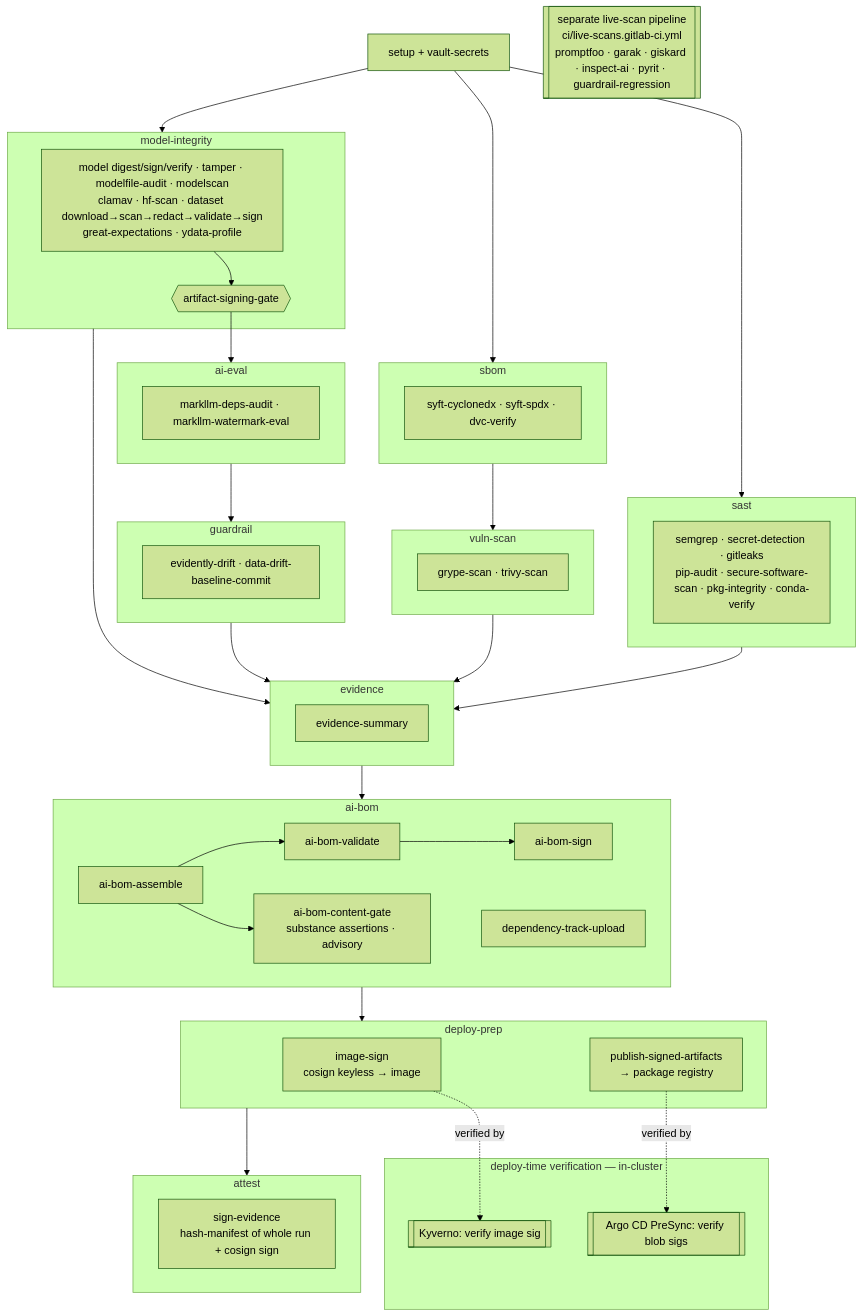
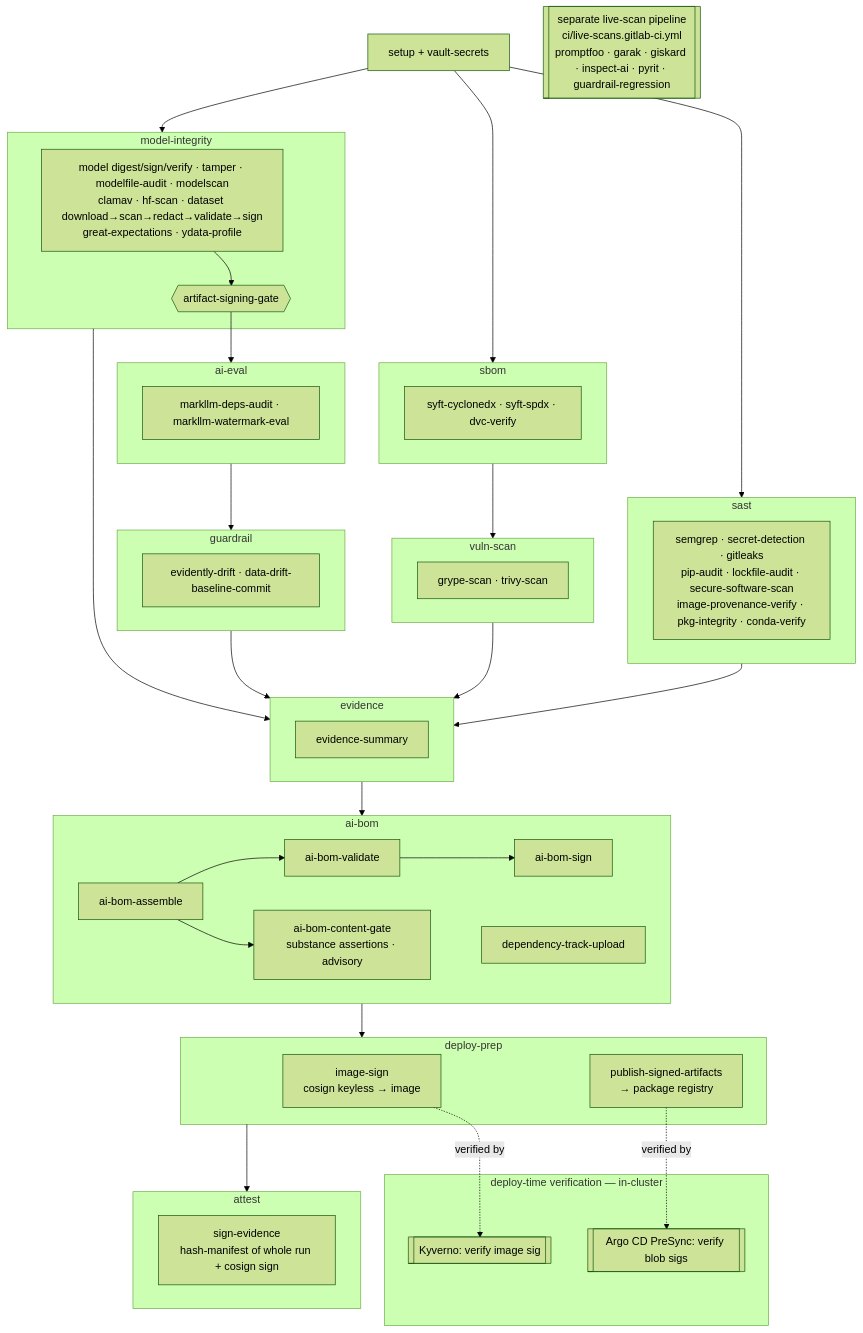
Before and after one commit to Nate-Carroll-Cyber/mlsecdevops-pipeline-example: the diagram in docs/gaips-materials/ci/SBOM.md, drawn with Mermaid (forest theme). The commit also changed 1 other file, not shown here.

Commit message:
docs(gaips): document image-provenance-verify + secure-software-scan branch behavior
README: add a per-job reference section for the new image-provenance-verify job
(purpose, step-by-step, output, gate posture); add the protected-branch behavior
note to secure-software-scan (RL_TOKEN is protected -> full scan runs on protected
refs only, skips on feature branches); add the job to the sast summary table and
the evidence-artifacts table. README + ci/SBOM.md sast flow diagrams updated to
list lockfile-audit + image-provenance-verify.

````diff
--- a/docs/gaips-materials/ci/SBOM.md
+++ b/docs/gaips-materials/ci/SBOM.md
@@ -20,52 +20,52 @@
 ```mermaid
 flowchart TD
     setup[setup + vault-secrets]
     subgraph SAST [sast]
-      s1[semgrep · secret-detection · gitleaks<br/>pip-audit · secure-software-scan · pkg-integrity · conda-verify]
+      s1[semgrep · secret-detection · gitleaks<br/>pip-audit · lockfile-audit · secure-software-scan<br/>image-provenance-verify · pkg-integrity · conda-verify]
     end
     subgraph SBOM [sbom]
       s2[syft-cyclonedx · syft-spdx · dvc-verify]
     end
     subgraph VULN [vuln-scan]
       s3[grype-scan · trivy-scan]
     end
     subgraph MI [model-integrity]
       s4[model digest/sign/verify · tamper · modelfile-audit · modelscan<br/>clamav · hf-scan · dataset download→scan→redact→validate→sign<br/>great-expectations · ydata-profile]
       g{{artifact-signing-gate}}
       s4 --> g
     end
     subgraph EVAL [ai-eval]
       s5[markllm-deps-audit · markllm-watermark-eval]
     end
     subgraph GUARD [guardrail]
       s6[evidently-drift · data-drift-baseline-commit]
     end
     s_live[[separate live-scan pipeline<br/>ci/live-scans.gitlab-ci.yml<br/>promptfoo · garak · giskard · inspect-ai · pyrit · guardrail-regression]]
     subgraph EVID [evidence]
       s7[evidence-summary]
     end
     subgraph AIBOM [ai-bom]
       a1[ai-bom-assemble] --> a2[ai-bom-validate] --> a3[ai-bom-sign]
       a1 --> a4[ai-bom-content-gate<br/>substance assertions · advisory]
       a5[dependency-track-upload]
     end
     subgraph DEPLOY [deploy-prep]
       d1[image-sign<br/>cosign keyless → image]
       d2[publish-signed-artifacts<br/>→ package registry]
     end
     subgraph ATTEST [attest]
       at1[sign-evidence<br/>hash-manifest of whole run + cosign sign]
     end
     subgraph VERIFY [deploy-time verification — in-cluster]
       v1[[Kyverno: verify image sig]]
       v2[[Argo CD PreSync: verify blob sigs]]
     end
 
     setup --> SAST & SBOM & MI
     SBOM --> VULN
     g --> EVAL --> GUARD
     SAST & VULN & GUARD & MI --> EVID
     EVID --> AIBOM --> DEPLOY --> ATTEST
     d1 -. "verified by" .-> v1
     d2 -. "verified by" .-> v2
 ```
````
